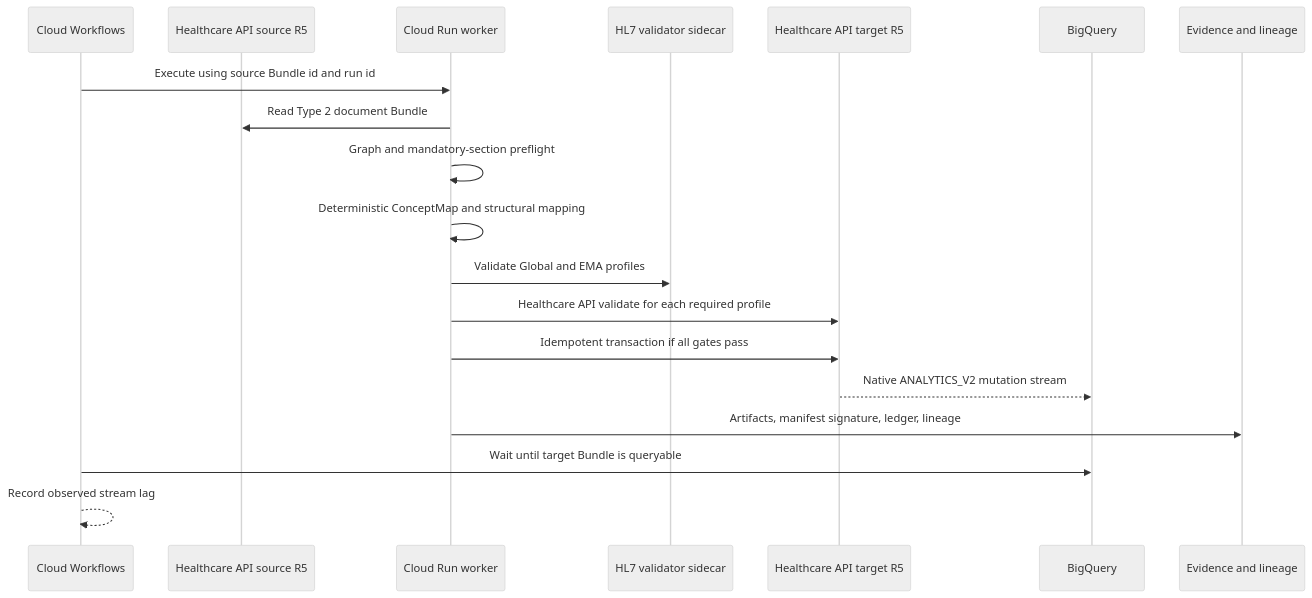
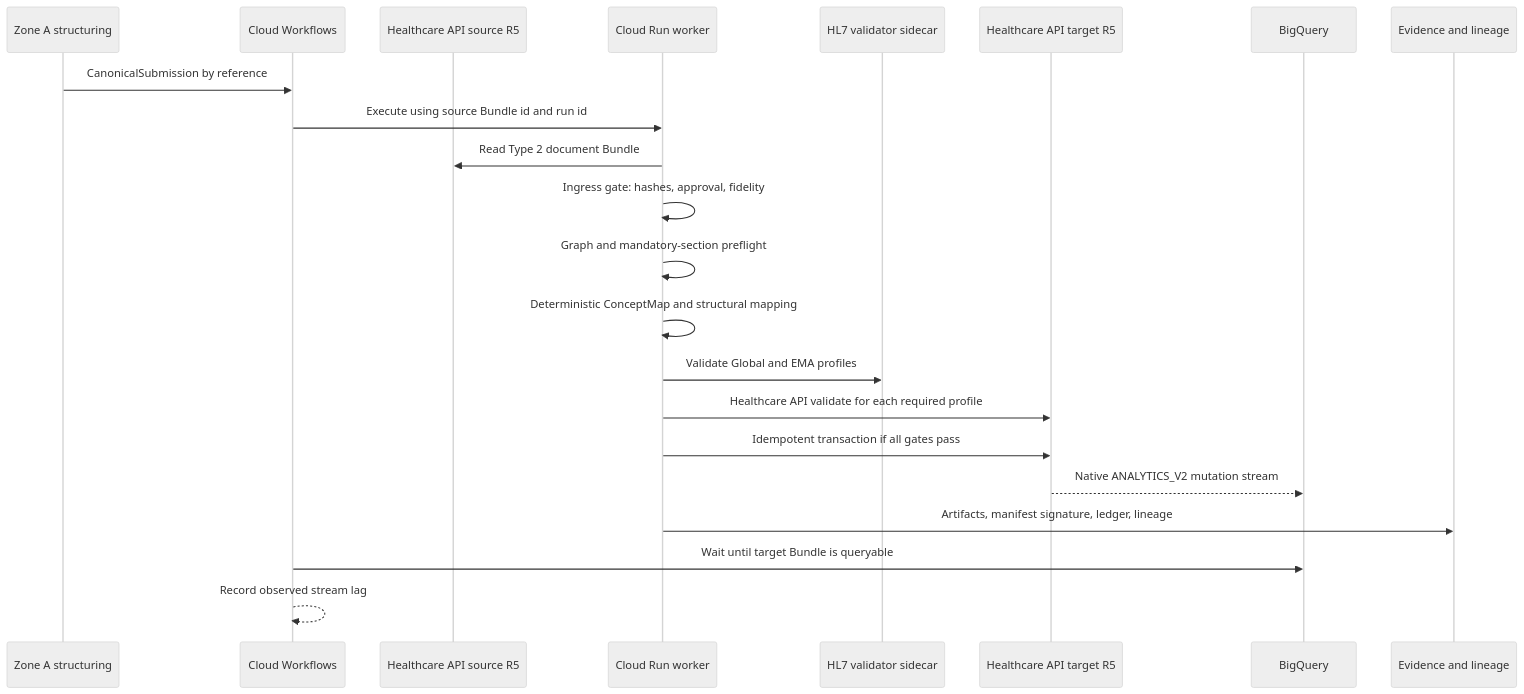
One commit to ogbetspp-coder/fhir_real_time_data_exchange changed the diagram in docs/architecture.md. Above: the diagram before and after it, drawn with Mermaid (neutral theme). The commit also changed other lines of this file and 48 other files, not shown here.

First line of the commit message:
feat: Zone A/Zone B foundation - contracts, mechanical narrative fidelity, ingress gate

````diff
--- a/docs/architecture.md
+++ b/docs/architecture.md
@@ -14,22 +41,25 @@
 ```mermaid
 sequenceDiagram
+  participant ZA as Zone A structuring
   participant WF as Cloud Workflows
   participant SRC as Healthcare API source R5
   participant APP as Cloud Run worker
   participant VAL as HL7 validator sidecar
   participant TGT as Healthcare API target R5
   participant BQ as BigQuery
   participant EV as Evidence and lineage
 
+  ZA->>WF: CanonicalSubmission by reference
   WF->>APP: Execute using source Bundle id and run id
   APP->>SRC: Read Type 2 document Bundle
+  APP->>APP: Ingress gate: hashes, approval, fidelity
   APP->>APP: Graph and mandatory-section preflight
   APP->>APP: Deterministic ConceptMap and structural mapping
   APP->>VAL: Validate Global and EMA profiles
   APP->>TGT: Healthcare API validate for each required profile
   APP->>TGT: Idempotent transaction if all gates pass
   TGT-->>BQ: Native ANALYTICS_V2 mutation stream
   APP->>EV: Artifacts, manifest signature, ledger, lineage
   WF->>BQ: Wait until target Bundle is queryable
   WF-->>WF: Record observed stream lag
 ```
````
